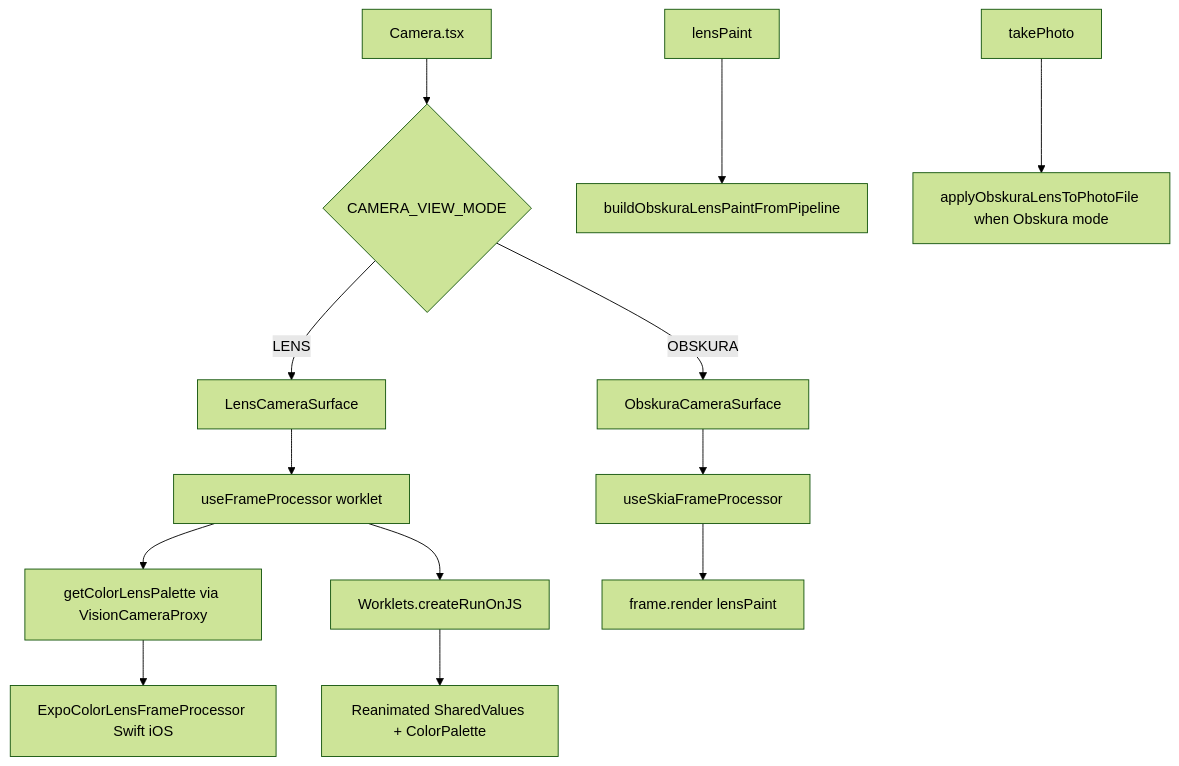
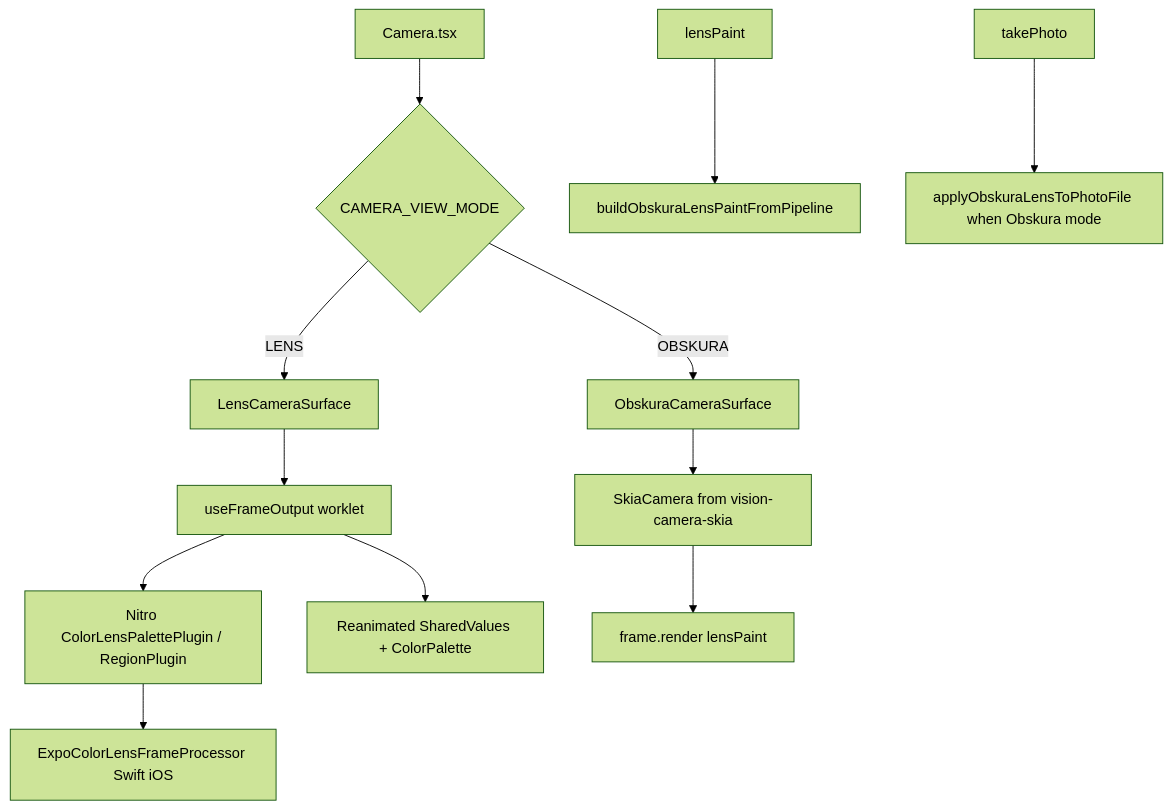
One commit to keithbmccall/affirmations changed the second of 2 diagrams in lib/features/Lens/README.md. Above: the diagram before and after it, drawn with Mermaid (forest theme). The commit also changed other lines of this file and 89 other files, not shown here.

````diff
--- a/lib/features/Lens/README.md
+++ b/lib/features/Lens/README.md
@@ -159,15 +159,14 @@
 ```mermaid
 flowchart TB
   Camera[Camera.tsx] --> mode{CAMERA_VIEW_MODE}
   mode -->|LENS| LensSurface[LensCameraSurface]
   mode -->|OBSKURA| ObskuraSurface[ObskuraCameraSurface]
-  LensSurface --> useFP[useFrameProcessor worklet]
-  useFP --> plugin[getColorLensPalette via VisionCameraProxy]
+  LensSurface --> useFO[useFrameOutput worklet]
+  useFO --> plugin[Nitro ColorLensPalettePlugin / RegionPlugin]
   plugin --> ios[ExpoColorLensFrameProcessor Swift iOS]
-  useFP --> runOnJS[Worklets.createRunOnJS]
-  runOnJS --> paletteUI[Reanimated SharedValues + ColorPalette]
-  ObskuraSurface --> useSkia[useSkiaFrameProcessor]
+  useFO --> paletteUI[Reanimated SharedValues + ColorPalette]
+  ObskuraSurface --> useSkia[SkiaCamera from vision-camera-skia]
   useSkia --> render[frame.render lensPaint]
   lensPaint --> buildPaint[buildObskuraLensPaintFromPipeline]
   capture[takePhoto] --> applyStill[applyObskuraLensToPhotoFile when Obskura mode]
 ```
````
